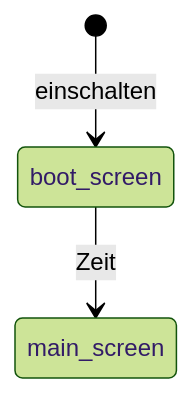
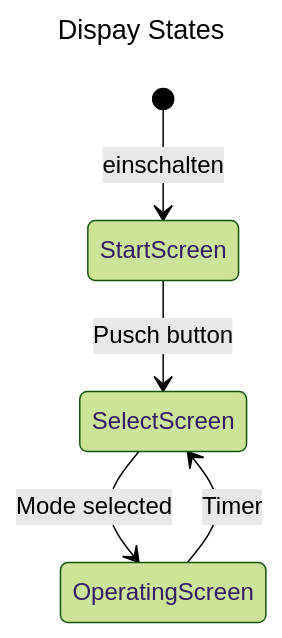
One commit to der-Anz/pressure-controller changed the second of 2 diagrams in doc/statediagram.md. Above: the diagram before and after it, drawn with Mermaid (forest theme). The commit also changed other lines of this file, not shown here.

Commit message:
Update statediagramm

````diff
--- a/doc/statediagram.md
+++ b/doc/statediagram.md
@@ -27,7 +27,11 @@
 ```mermaid
-
+---
+title: Dispay States
+---
 stateDiagram-v2
-    [*] --> boot_screen: einschalten
-   boot_screen --> main_screen: Zeit
+    [*] --> StartScreen: einschalten
+   StartScreen --> SelectScreen: Pusch button
+   SelectScreen --> OperatingScreen: Mode selected
+  OperatingScreen --> SelectScreen: Timer
 
 ```
````
